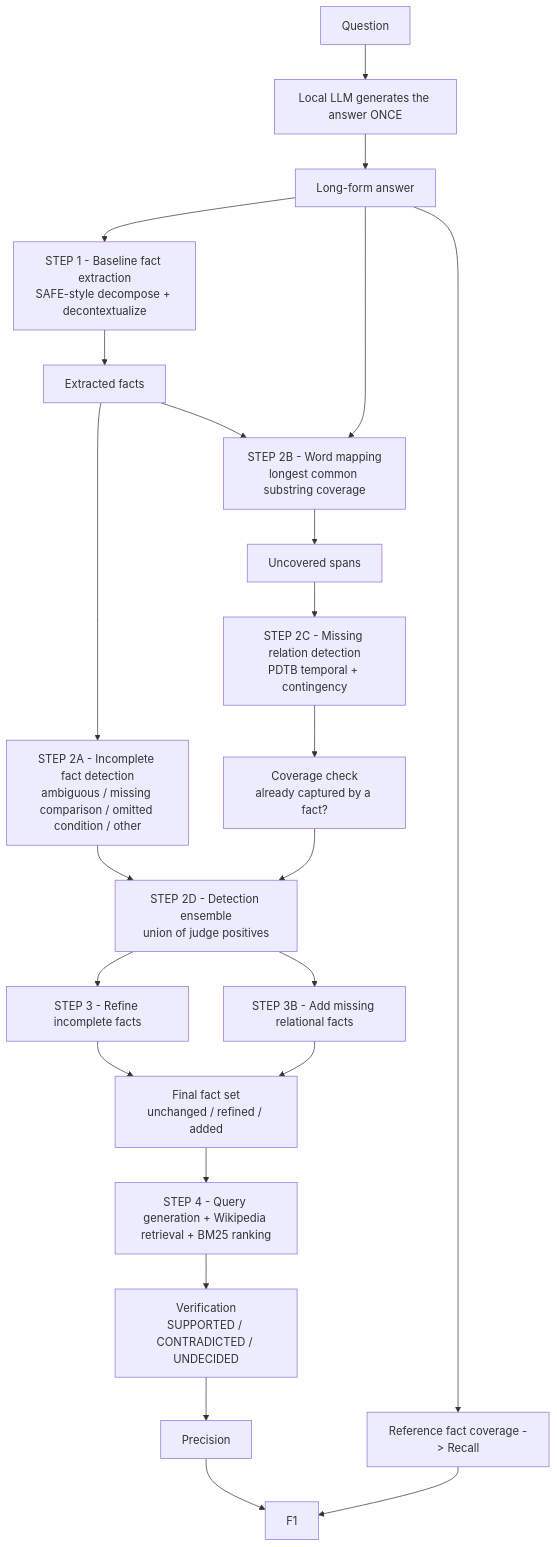
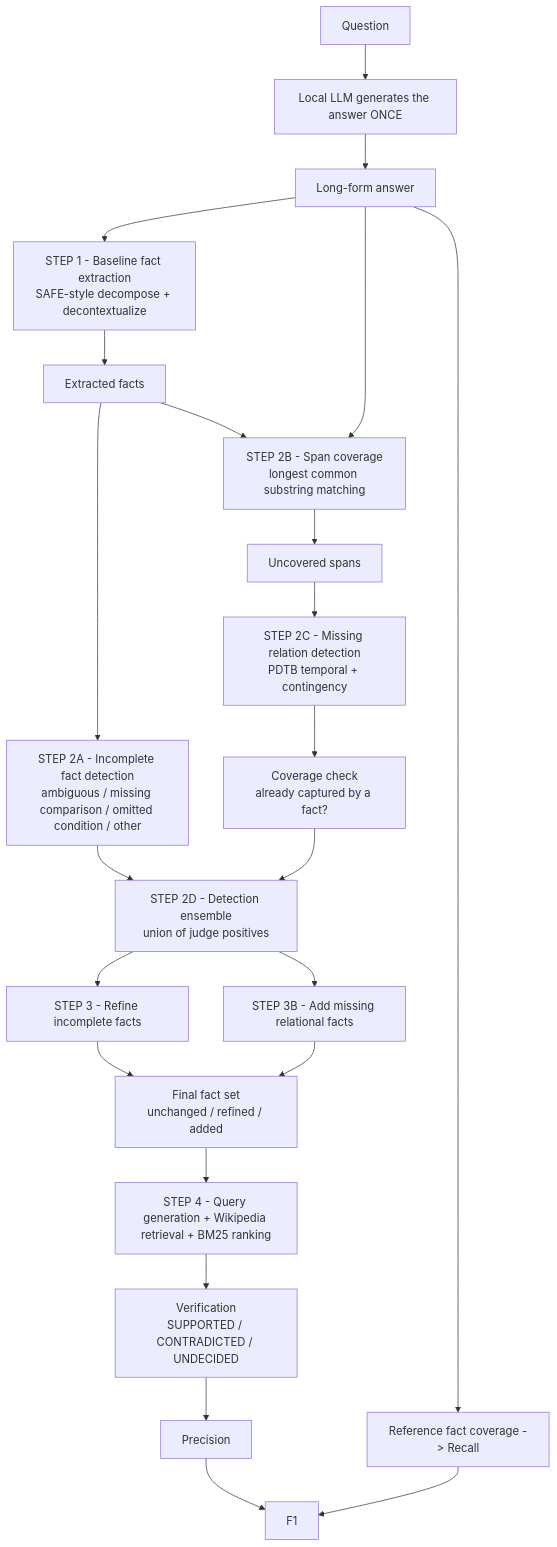
One commit to MadhavKrishna06/Verifact-Lite changed the diagram in README.md. Above: the diagram before and after it, drawn with Mermaid. The commit also changed other lines of this file and 1 other file, not shown here.

First line of the commit message:
docs: cite the released code for span coverage, not an algorithm number

````diff
--- a/README.md
+++ b/README.md
@@ -40,30 +40,30 @@
 ```mermaid
 flowchart TD
     Q[Question] --> GEN[Local LLM generates the answer ONCE]
     GEN --> A[Long-form answer]
 
     A --> S1[STEP 1 - Baseline fact extraction<br/>SAFE-style decompose + decontextualize]
     S1 --> F[Extracted facts]
 
     F --> S2A[STEP 2A - Incomplete fact detection<br/>ambiguous / missing comparison / omitted condition / other]
-    A --> S2B[STEP 2B - Word mapping<br/>longest common substring coverage]
+    A --> S2B[STEP 2B - Span coverage<br/>longest common substring matching]
     F --> S2B
     S2B --> SP[Uncovered spans]
     SP --> S2C[STEP 2C - Missing relation detection<br/>PDTB temporal + contingency]
     S2C --> COV[Coverage check<br/>already captured by a fact?]
 
     S2A --> ENS[STEP 2D - Detection ensemble<br/>union of judge positives]
     COV --> ENS
 
     ENS --> S3[STEP 3 - Refine incomplete facts]
     ENS --> S3B[STEP 3B - Add missing relational facts]
     S3 --> FIN[Final fact set<br/>unchanged / refined / added]
     S3B --> FIN
 
     FIN --> S4[STEP 4 - Query generation + Wikipedia retrieval + BM25 ranking]
     S4 --> VER[Verification<br/>SUPPORTED / CONTRADICTED / UNDECIDED]
     VER --> P[Precision]
     A --> REC[Reference fact coverage -> Recall]
     P --> F1[F1]
     REC --> F1
 ```
````
